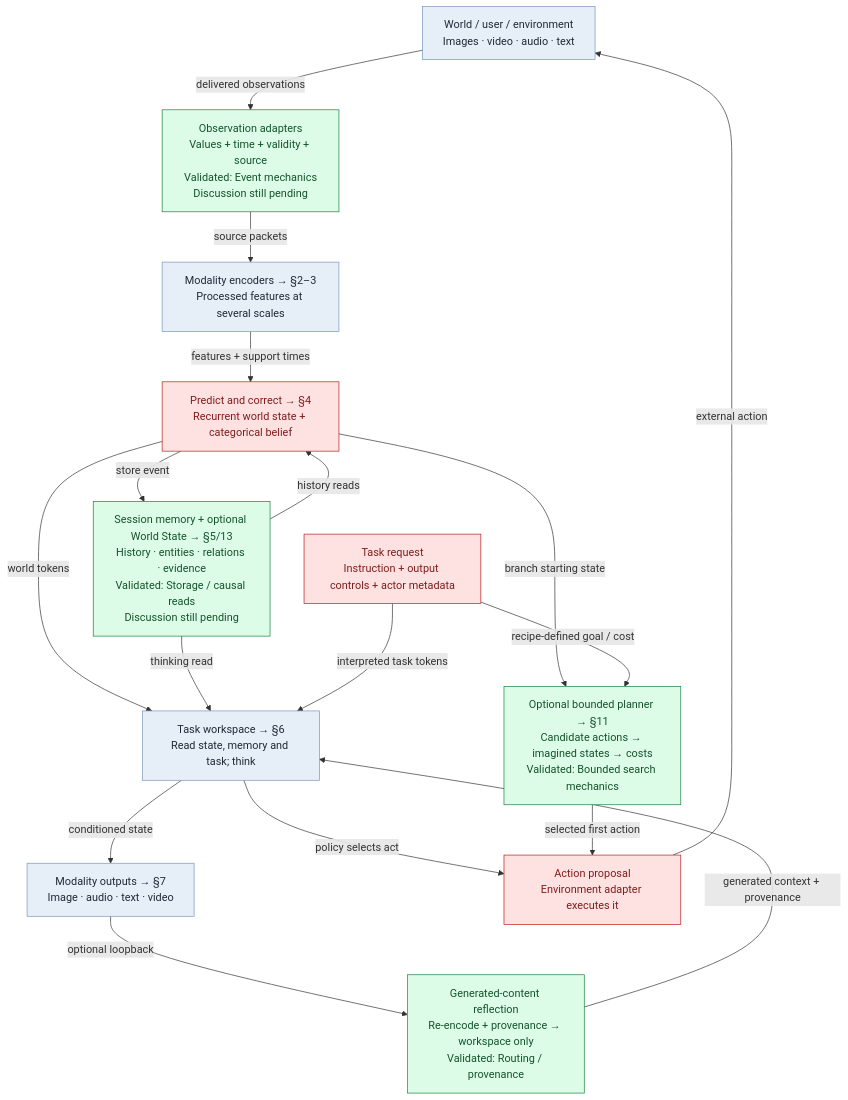
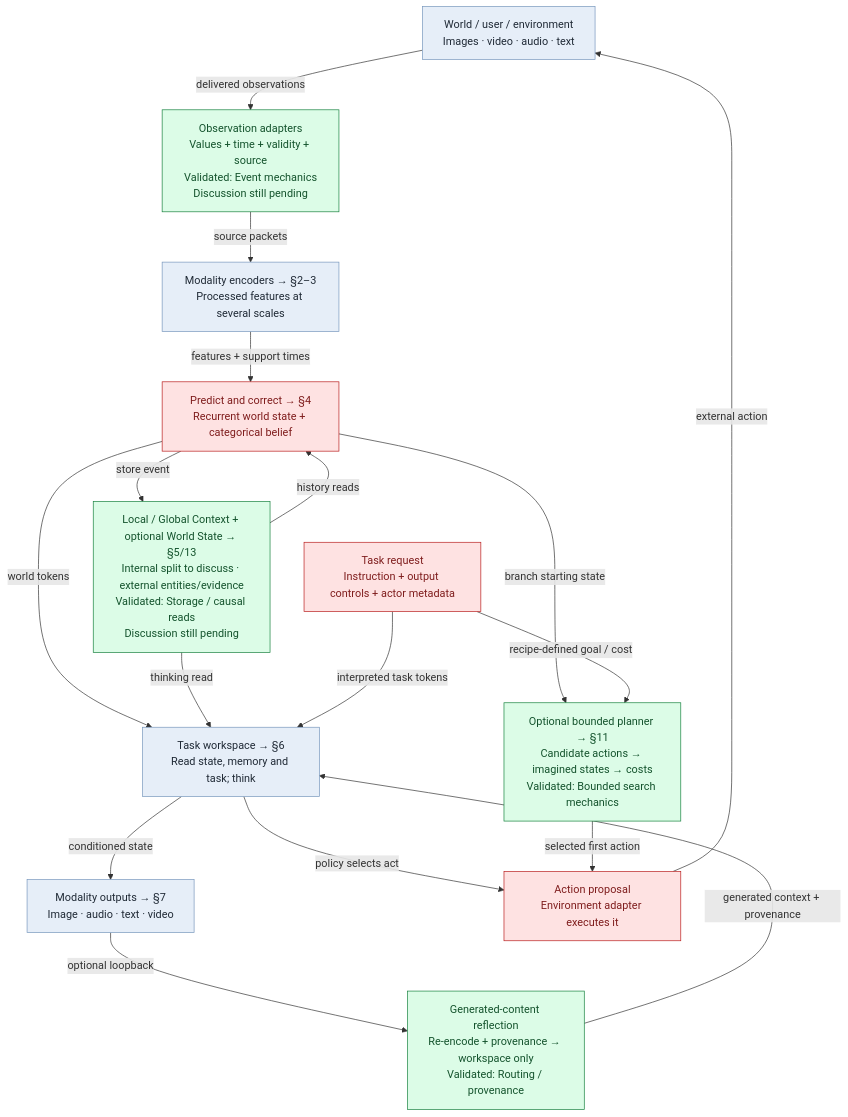
Before and after one commit to intrinsicD/path-wm: the first of 16 diagrams in docs/architecture-atlas.md, drawn with Mermaid. The commit also changed 10 other files, not shown here.

Commit message:
Set top-down walkthrough order and internal context terminology

````diff
--- a/docs/architecture-atlas.md
+++ b/docs/architecture-atlas.md
@@ -38,44 +38,44 @@
 ```mermaid
 flowchart TB
     world["World / user / environment<br/>Images · video · audio · text"]
     class world discussion_discussed;
     input["Observation adapters<br/>Values + time + validity + source<br/>Validated: Event mechanics<br/>Discussion still pending"]
     class input discussion_validated;
     encode["Modality encoders → §2–3<br/>Processed features at several scales"]
     class encode discussion_discussed;
     belief["Predict and correct → §4<br/>Recurrent world state + categorical belief"]
     class belief discussion_needs_discussion;
-    memory["Session memory + optional World State → §5/13<br/>History · entities · relations · evidence<br/>Validated: Storage / causal reads<br/>Discussion still pending"]
+    memory["Local / Global Context + optional World State → §5/13<br/>Internal split to discuss · external entities/evidence<br/>Validated: Storage / causal reads<br/>Discussion still pending"]
     class memory discussion_validated;
     workspace["Task workspace → §6<br/>Read state, memory and task; think"]
     class workspace discussion_discussed;
     request["Task request<br/>Instruction + output controls + actor metadata"]
     class request discussion_needs_discussion;
     plan["Optional bounded planner → §11<br/>Candidate actions → imagined states → costs<br/>Validated: Bounded search mechanics"]
     class plan discussion_validated;
     emit["Modality outputs → §7<br/>Image · audio · text · video"]
     class emit discussion_discussed;
     act["Action proposal<br/>Environment adapter executes it"]
     class act discussion_needs_discussion;
     reflect["Generated-content reflection<br/>Re-encode + provenance → workspace only<br/>Validated: Routing / provenance"]
     class reflect discussion_validated;
     world -->|"delivered observations"| input
     input -->|"source packets"| encode
     encode -->|"features + support times"| belief
     belief -->|"store event"| memory
     memory -->|"history reads"| belief
     belief -->|"world tokens"| workspace
     memory -->|"thinking read"| workspace
     request -->|"interpreted task tokens"| workspace
     workspace -->|"conditioned state"| emit
     workspace -->|"policy selects act"| act
     belief -->|"branch starting state"| plan
     request -->|"recipe-defined goal / cost"| plan
     plan -->|"selected first action"| act
     act -->|"external action"| world
     emit -->|"optional loopback"| reflect
     reflect -->|"generated context + provenance"| workspace
     classDef discussion_discussed fill:#e6eef8,stroke:#7696bc,color:#202a36;
     classDef discussion_needs_discussion fill:#fee2e2,stroke:#b91c1c,color:#7f1d1d;
     classDef discussion_validated fill:#dcfce7,stroke:#15803d,color:#14532d;
 ```
````
